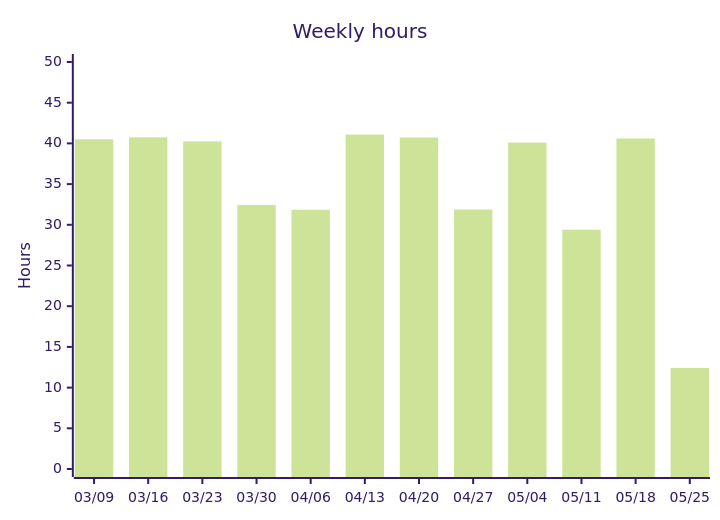
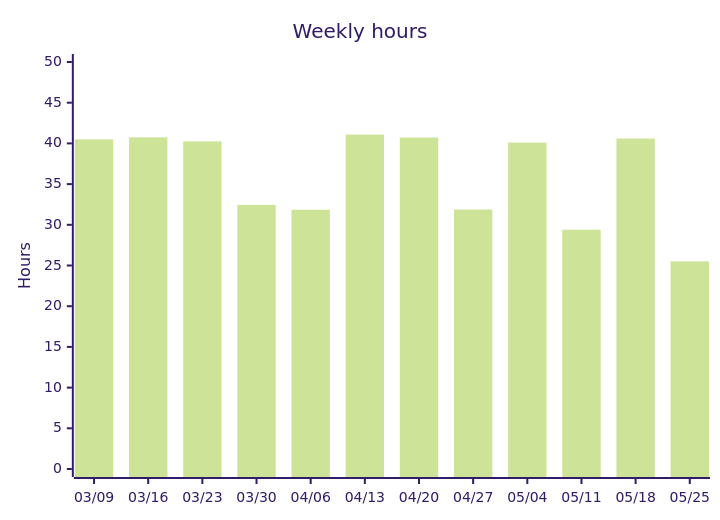
One commit to albinforsberg-netizen/timeclock changed the third of 5 diagrams in README.org. Above: the diagram before and after it, drawn with Mermaid (forest theme). The commit also changed other lines of this file, not shown here.

```diff
--- a/README.org
+++ b/README.org
@@ -103,7 +103,7 @@
 #+begin_src mermaid
 xychart-beta
     title "Weekly hours"
     x-axis ["03/09", "03/16", "03/23", "03/30", "04/06", "04/13", "04/20", "04/27", "05/04", "05/11", "05/18", "05/25"]
     y-axis "Hours" 0 --> 50
-    bar [40.50, 40.75, 40.25, 32.44, 31.85, 41.08, 40.72, 31.88, 40.10, 29.40, 40.60, 12.42]
+    bar [40.50, 40.75, 40.25, 32.44, 31.85, 41.08, 40.72, 31.88, 40.10, 29.40, 40.60, 25.51]
 #+end_src
```
